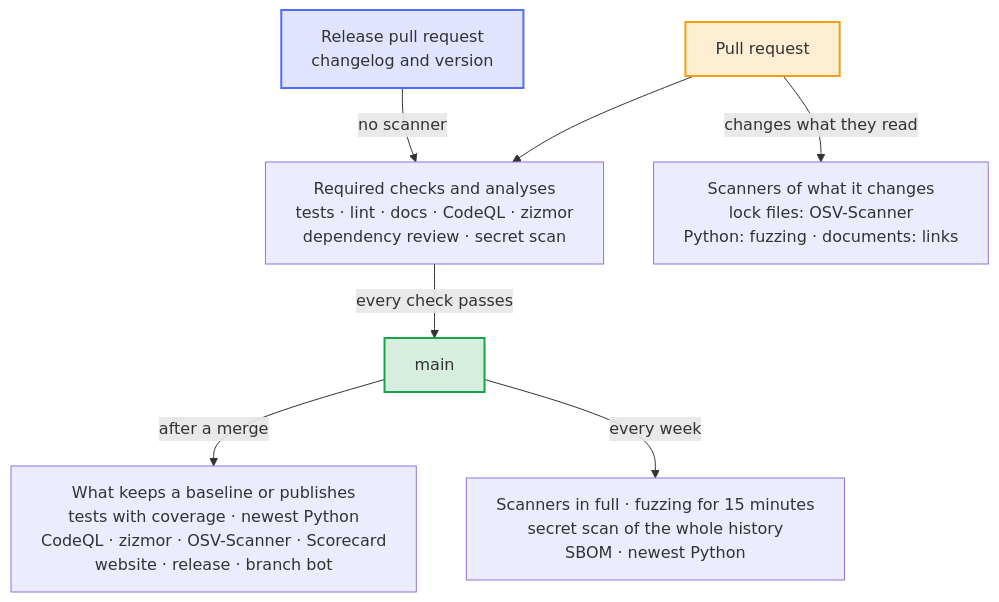
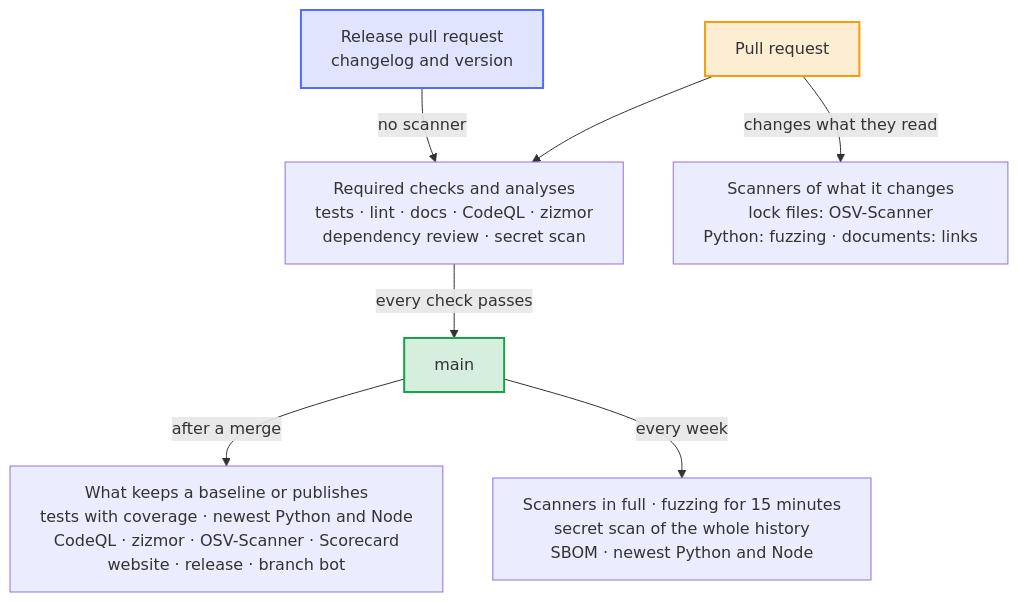
Before and after one commit to Dennis-Otto/repo-blueprint: the diagram in docs/diagrams/when-the-checks-run.mmd, drawn with Mermaid. The commit also changed 18 other files, not shown here.

First line of the commit message:
fix(ci): let the newest-Python check really run the newest Python, and add a newest-Node check

```diff
--- a/docs/diagrams/when-the-checks-run.mmd
+++ b/docs/diagrams/when-the-checks-run.mmd
@@ -1,30 +1,30 @@
 ---
 config:
   flowchart:
     wrappingWidth: 400
 ---
 flowchart TB
     accTitle: When the checks run
-    accDescr: Every pull request runs the required checks and zizmor, whose analysis the rules of main wait for, and the scanners of what it changes: OSV-Scanner for a lock file, fuzzing for Python code and the link check for a document. The release pull request, which changes only the changelog and the version, runs the required checks and zizmor without the scanners. After a merge, main runs only what keeps a baseline or publishes. Every week, main runs the scanners in full, the secret scan of the whole history, the SBOM and the newest Python.
+    accDescr: Every pull request runs the required checks and zizmor, whose analysis the rules of main wait for, and the scanners of what it changes: OSV-Scanner for a lock file, fuzzing for Python code and the link check for a document. The release pull request, which changes only the changelog and the version, runs the required checks and zizmor without the scanners. After a merge, main runs only what keeps a baseline or publishes. Every week, main runs the scanners in full, the secret scan of the whole history, the SBOM and the newest Python and Node.
 
     pr["Pull request"]
     rpr["Release pull request<br>changelog and version"]
     required["Required checks and analyses<br>tests · lint · docs · CodeQL · zizmor<br>dependency review · secret scan"]
     scanners["Scanners of what it changes<br>lock files: OSV-Scanner<br>Python: fuzzing · documents: links"]
     main["main"]
-    baseline["What keeps a baseline or publishes<br>tests with coverage · newest Python<br>CodeQL · zizmor · OSV-Scanner · Scorecard<br>website · release · branch bot"]
-    weekly["Scanners in full · fuzzing for 15 minutes<br>secret scan of the whole history<br>SBOM · newest Python"]
+    baseline["What keeps a baseline or publishes<br>tests with coverage · newest Python and Node<br>CodeQL · zizmor · OSV-Scanner · Scorecard<br>website · release · branch bot"]
+    weekly["Scanners in full · fuzzing for 15 minutes<br>secret scan of the whole history<br>SBOM · newest Python and Node"]
 
     pr --> required
     pr -- "changes what they read" --> scanners
     rpr -- "no scanner" --> required
     required -- "every check passes" --> main
     main -- "after a merge" --> baseline
     main -- "every week" --> weekly
 
     classDef bot fill:#526cfe2e,stroke:#526cfe,stroke-width:2px
     classDef person fill:#f59e0b2e,stroke:#f59e0b,stroke-width:2px
     classDef done fill:#16a34a2e,stroke:#16a34a,stroke-width:2px
     class pr person
     class rpr bot
     class main done
```
